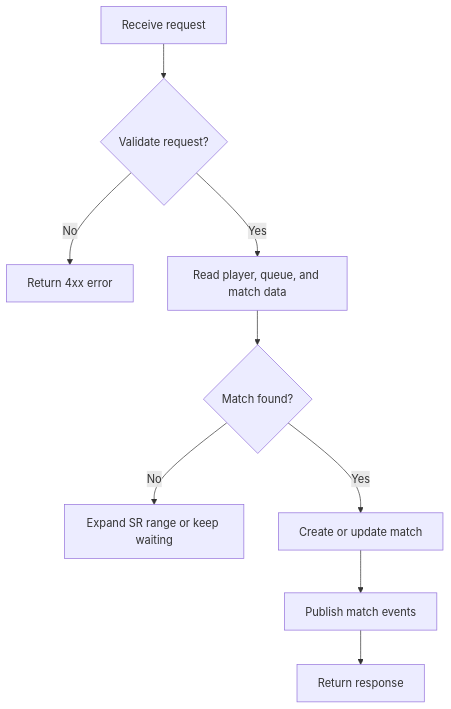
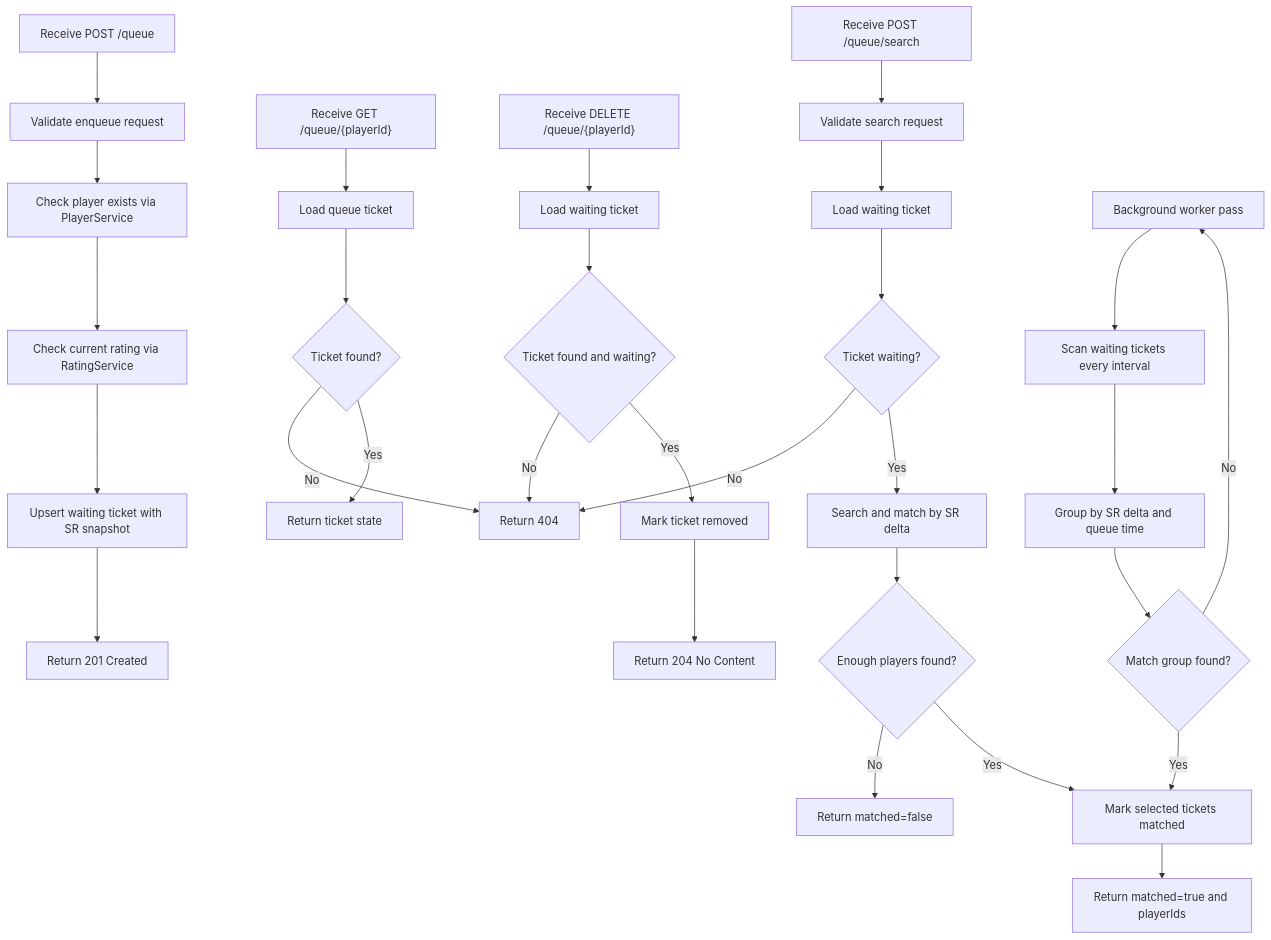
The fifth of 7 diagrams in docs/analysis-and-design.md (dpbL5/glicko2-matchmaking-system), drawn with Mermaid before and after one commit. The commit also changed other lines of this file and 1 other file, not shown here.

````diff
--- a/docs/analysis-and-design.md
+++ b/docs/analysis-and-design.md
@@ -329,11 +339,31 @@
 ```mermaid
 flowchart TD
-    A[Receive request] --> B{Validate request?}
-    B -->|No| C[Return 4xx error]
-    B -->|Yes| D[Read player, queue, and match data]
-    D --> E{Match found?}
-    E -->|No| F[Expand SR range or keep waiting]
-    E -->|Yes| G[Create or update match]
-    G --> H[Publish match events]
-    H --> I[Return response]
+    A[Receive POST /queue] --> B[Validate enqueue request]
+    B --> C[Check player exists via PlayerService]
+    C --> D[Check current rating via RatingService]
+    D --> E[Upsert waiting ticket with SR snapshot]
+    E --> F[Return 201 Created]
+    G["Receive GET /queue/{playerId}"] --> H[Load queue ticket]
+    H --> I{Ticket found?}
+    I -->|No| J[Return 404]
+    I -->|Yes| K[Return ticket state]
+    L["Receive DELETE /queue/{playerId}"] --> M[Load waiting ticket]
+    M --> N{Ticket found and waiting?}
+    N -->|No| J
+    N -->|Yes| O[Mark ticket removed]
+    O --> P[Return 204 No Content]
+    Q[Receive POST /queue/search] --> R[Validate search request]
+    R --> S[Load waiting ticket]
+    S --> T{Ticket waiting?}
+    T -->|No| J
+    T -->|Yes| U[Search and match by SR delta]
+    U --> V{Enough players found?}
+    V -->|No| W[Return matched=false]
+    V -->|Yes| X[Mark selected tickets matched]
+    X --> Y[Return matched=true and playerIds]
+    Z[Background worker pass] --> AA[Scan waiting tickets every interval]
+    AA --> AB[Group by SR delta and queue time]
+    AB --> AC{Match group found?}
+    AC -->|No| Z
+    AC -->|Yes| X
 ```
````
